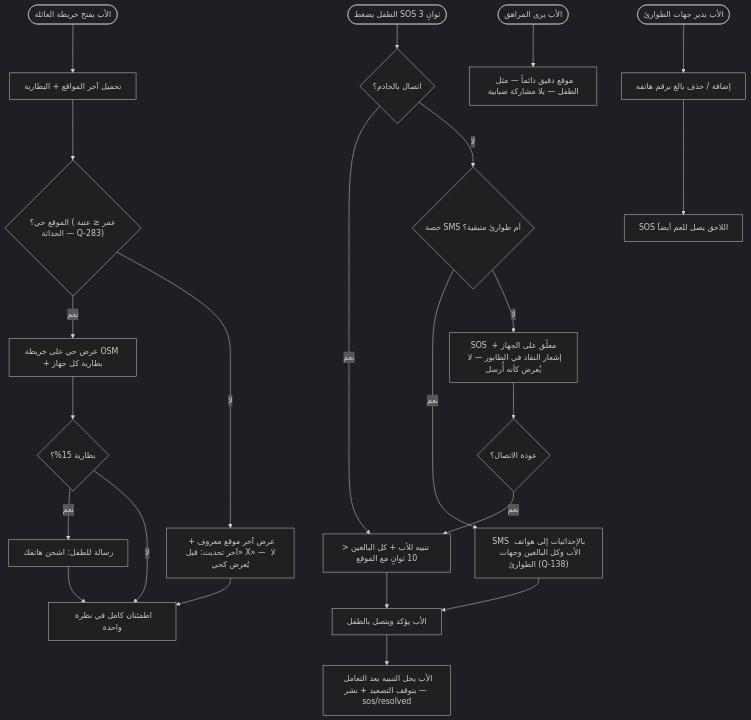
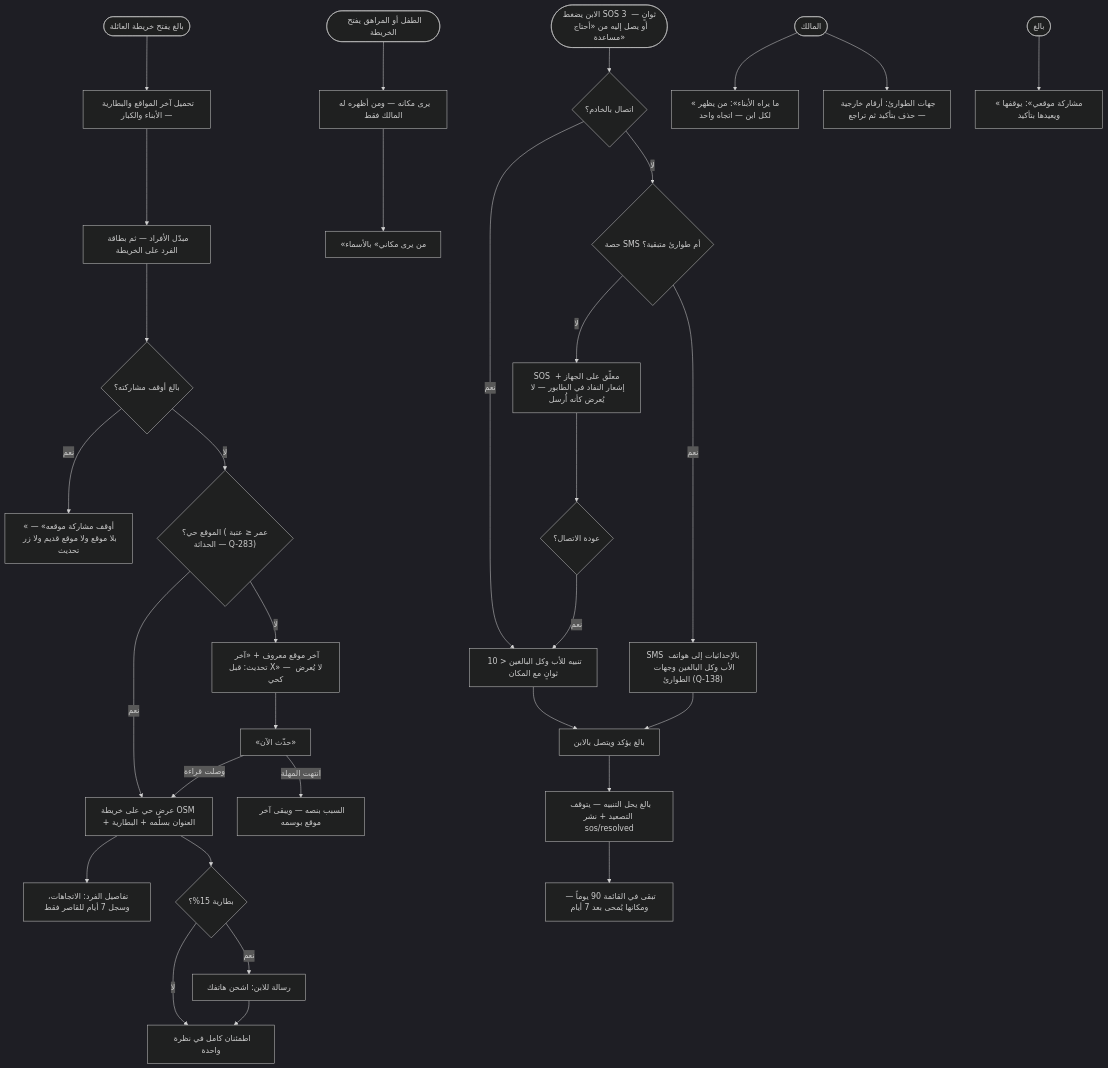
Diagram 15 of 17 in docs/family-os/governance/phases/phase-1/S1-07-location-basic/DIAGRAMS.md (Bassam-mohammed-alqaeadi/family-os-v2), drawn with Mermaid (dark theme) before and after one commit. The commit also changed other lines of this file and 22 other files, not shown here.

First line of the commit message:
docs(phase-1): redraw diagrams of the ten systems on the approved design (Q-428)

````diff
--- a/docs/family-os/governance/phases/phase-1/S1-07-location-basic/DIAGRAMS.md
+++ b/docs/family-os/governance/phases/phase-1/S1-07-location-basic/DIAGRAMS.md
@@ -428,25 +553,34 @@
 ```mermaid
 flowchart TD
-    Start([الأب يفتح خريطة العائلة]) --> Load[تحميل آخر المواقع + البطارية]
-    Load --> Fresh{"الموقع حي؟ (عمر ≤ عتبة الحداثة — Q-283)"}
-    Fresh -->|نعم| Live[عرض حي على خريطة OSM + بطارية كل جهاز]
-    Fresh -->|لا| Stale["عرض آخر موقع معروف + «آخر تحديث: قبل X» — لا يُعرض كحي"]
+    Start([بالغ يفتح خريطة العائلة]) --> Load[تحميل آخر المواقع والبطارية — الأبناء والكبار]
+    Load --> Pick[مبدّل الأفراد — ثم بطاقة الفرد على الخريطة]
+    Pick --> Paused{بالغ أوقف مشاركته؟}
+    Paused -->|نعم| NoLoc[«أوقف مشاركة موقعه» — بلا موقع ولا موقع قديم ولا زر تحديث]
+    Paused -->|لا| Fresh{"الموقع حي؟ (عمر ≤ عتبة الحداثة — Q-283)"}
+    Fresh -->|نعم| Live[عرض حي على خريطة OSM + العنوان بسلّمه + البطارية]
+    Fresh -->|لا| Stale["آخر موقع معروف + «آخر تحديث: قبل X» — لا يُعرض كحي"]
+    Stale --> Refresh[«حدّث الآن»]
+    Refresh -->|وصلت قراءة| Live
+    Refresh -->|انتهت المهلة| Why[السبب بنصه — ويبقى آخر موقع بوسمه]
+    Live --> Detail[تفاصيل الفرد: الاتجاهات، وسجل 7 أيام للقاصر فقط]
     Live --> LowBatt{بطارية 15%؟}
-    LowBatt -->|نعم| Msg[رسالة للطفل: اشحن هاتفك]
+    LowBatt -->|نعم| Msg[رسالة للابن: اشحن هاتفك]
     LowBatt -->|لا| Watch[اطمئنان كامل في نظرة واحدة]
-    Stale --> Watch
     Msg --> Watch
-    Child([الطفل يضغط SOS 3 ثوانٍ]) --> Net{اتصال بالخادم؟}
-    Net -->|نعم| Online[تنبيه للأب + كل البالغين < 10 ثوانٍ مع الموقع]
+    Kid([الطفل أو المراهق يفتح الخريطة]) --> Mine[يرى مكانه — ومن أظهره له المالك فقط]
+    Mine --> Who[«من يرى مكاني» بالأسماء]
+    Child([الابن يضغط SOS 3 ثوانٍ — أو يصل إليه من «أحتاج مساعدة»]) --> Net{اتصال بالخادم؟}
+    Net -->|نعم| Online[تنبيه للأب وكل البالغين < 10 ثوانٍ مع المكان]
     Net -->|لا| Quota{حصة SMS أم طوارئ متبقية؟}
     Quota -->|نعم| SMS["SMS بالإحداثيات إلى هواتف الأب وكل البالغين وجهات الطوارئ (Q-138)"]
     Quota -->|لا| Pending[SOS معلّق على الجهاز + إشعار النفاد في الطابور — لا يُعرض كأنه أُرسل]
-    Online --> Ack[الأب يؤكد ويتصل بالطفل]
-    Ack --> Resolve[الأب يحل التنبيه بعد التعامل — يتوقف التصعيد + نشر sos/resolved]
+    Online --> Ack[بالغ يؤكد ويتصل بالابن]
+    Ack --> Resolve[بالغ يحل التنبيه — يتوقف التصعيد + نشر sos/resolved]
+    Resolve --> Keep[تبقى في القائمة 90 يوماً — ومكانها يُمحى بعد 7 أيام]
     SMS --> Ack
     Pending --> Reconnect{عودة الاتصال؟}
     Reconnect -->|نعم| Online
-    FatherView([الأب يرى المراهق]) --> Precise[موقع دقيق دائماً — مثل الطفل — بلا مشاركة ضبابية]
-    Father2([الأب يدير جهات الطوارئ]) --> Contacts[إضافة / حذف بالغ برقم هاتفه]
-    Contacts --> Next[SOS اللاحق يصل للعم أيضاً]
+    Owner([المالك]) --> See[«ما يراه الأبناء»: من يظهر لكل ابن — اتجاه واحد]
+    Owner --> Contacts[جهات الطوارئ: أرقام خارجية — حذف بتأكيد ثم تراجع]
+    AdultMe([بالغ]) --> Share[«مشاركة موقعي»: يوقفها ويعيدها بتأكيد]
 ```
````
